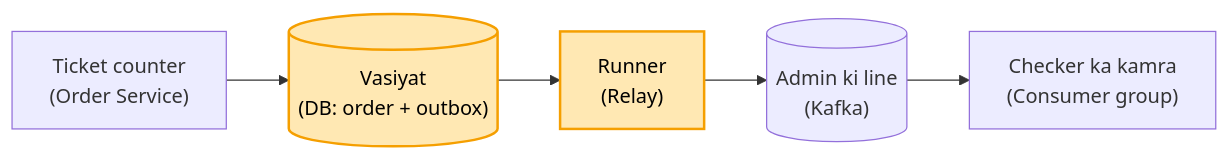
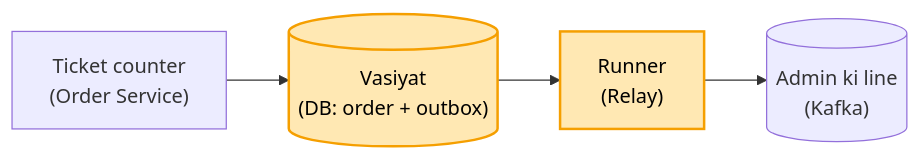
Before and after one commit to ArpanMaheshwari144/Prep: the seventh of 10 diagrams in 04_HLD/SYSTEM_DESIGNS/12_message_queue_kafka/12_message_queue_kafka.md, drawn with Mermaid. The commit also changed other lines of this file and 17 other files, not shown here.

Commit message:
HLD: 17 main files hand notes se milaye (har block alag section, kahani + asli naam, mermaid), technical naam bhi rakhe

````diff
--- a/04_HLD/SYSTEM_DESIGNS/12_message_queue_kafka/12_message_queue_kafka.md
+++ b/04_HLD/SYSTEM_DESIGNS/12_message_queue_kafka/12_message_queue_kafka.md
@@ -134,9 +160,8 @@
 ```mermaid
 flowchart LR
     O["Ticket counter<br/>(Order Service)"] --> D[("Vasiyat<br/>(DB: order + outbox)")]
     D --> RL["Runner<br/>(Relay)"]
     RL --> K[("Admin ki line<br/>(Kafka)")]
-    K --> C["Checker ka kamra<br/>(Consumer group)"]
     style D fill:#ffe8b3,stroke:#f59f00,stroke-width:2px,color:#000
     style RL fill:#ffe8b3,stroke:#f59f00,stroke-width:2px,color:#000
 ```
````
